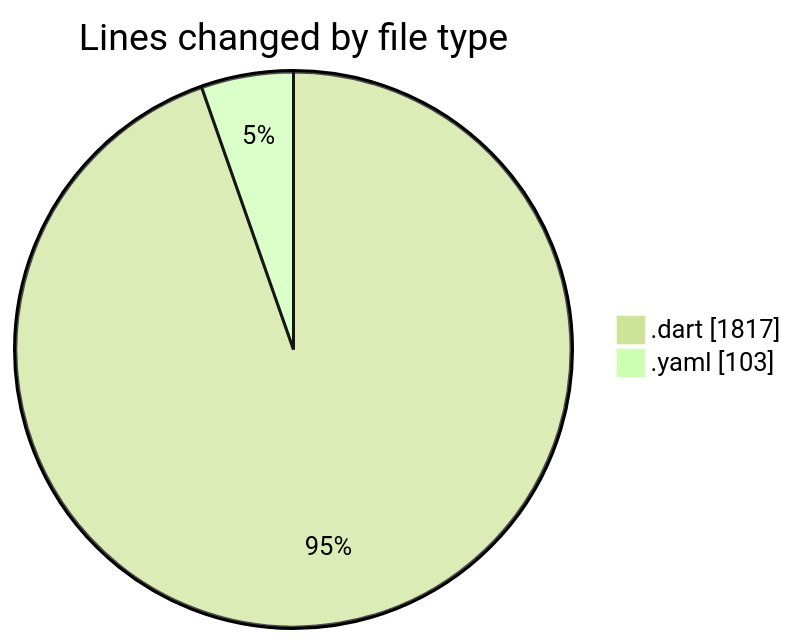
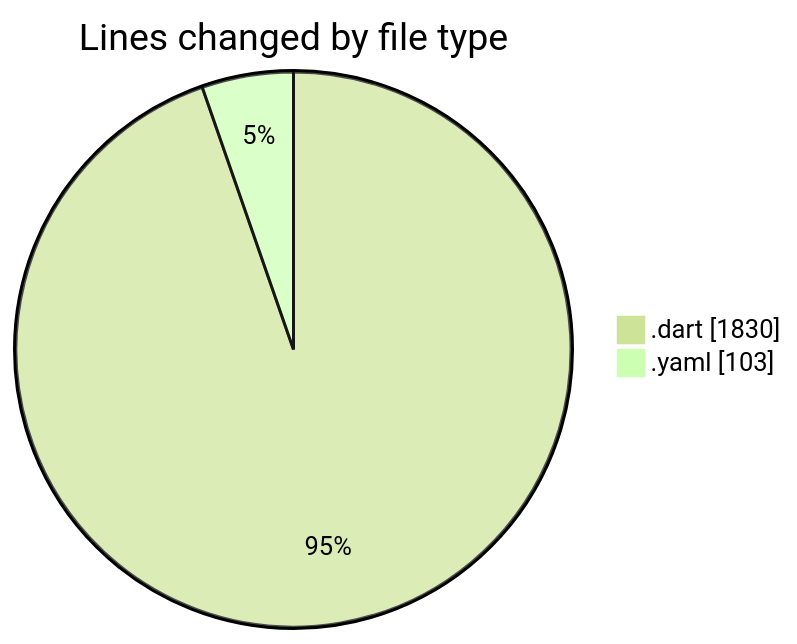
The first of 2 diagrams in 2025-02-25/trackers_app/README.md (donsfak/code-tracking), drawn with Mermaid (forest theme) before and after one commit. The commit also changed other lines of this file and 1 other file, not shown here.

````diff
--- a/2025-02-25/trackers_app/README.md
+++ b/2025-02-25/trackers_app/README.md
@@ -30,6 +30,6 @@
 ```mermaid
 pie showData
 title Lines changed by file type
-".dart" : 1817
+".dart" : 1830
 ".yaml" : 103
 ```
````
